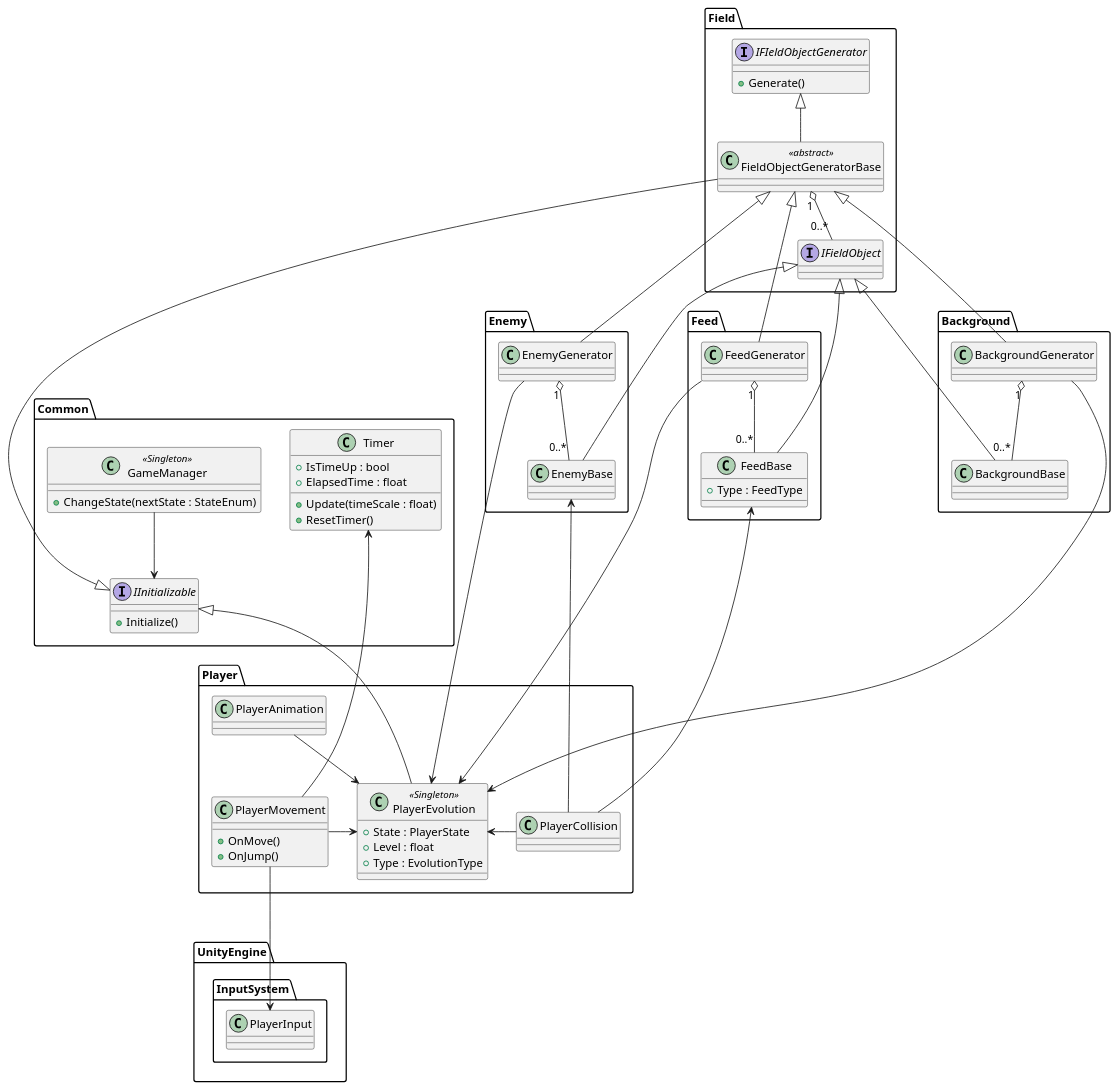
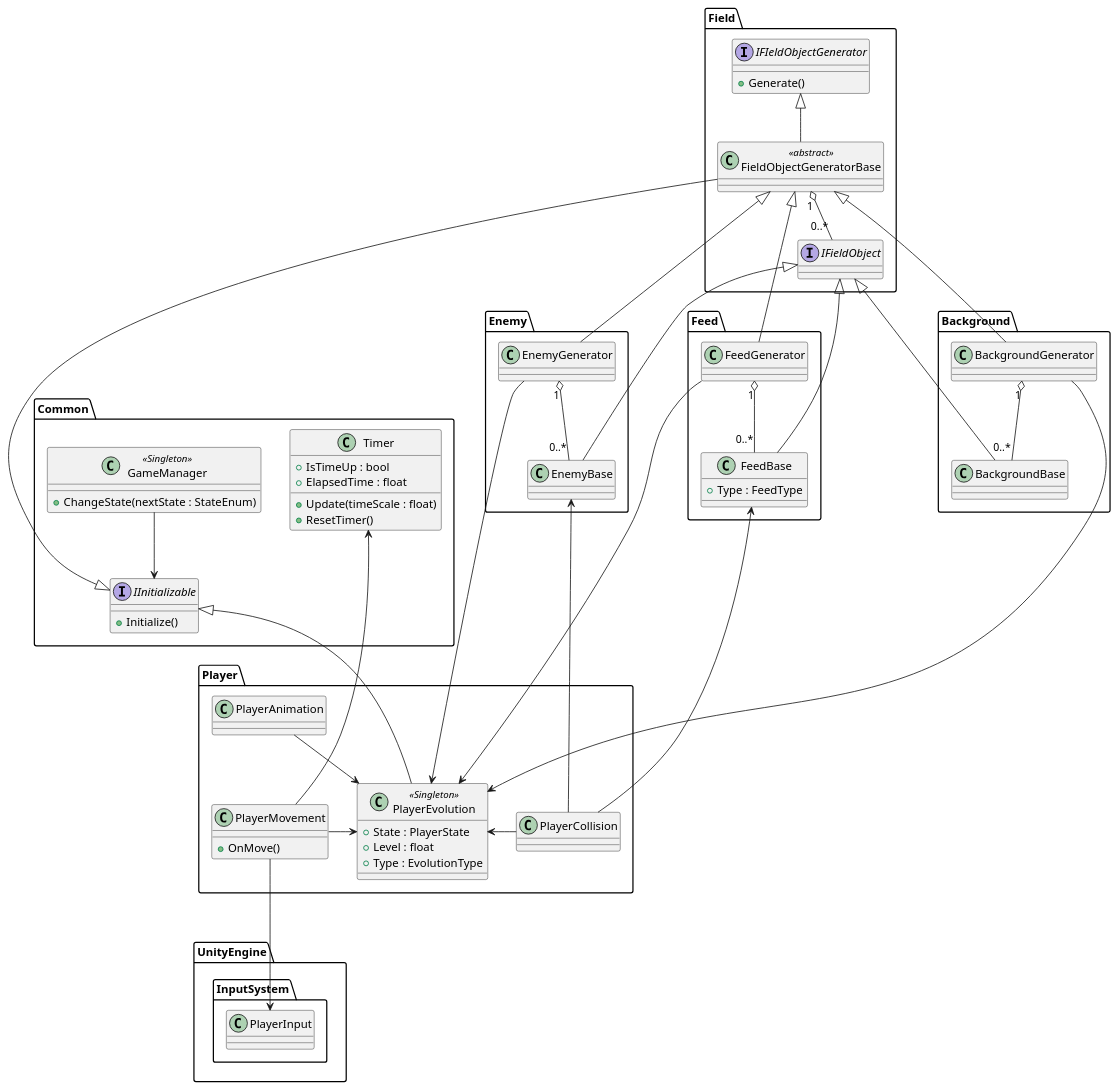
Before and after one commit to Donguri-AcornSloth/GGJTUT23Team4: the diagram in UML/Game.pu, drawn with PlantUML.

Commit message:
クラス図の不要メソッド削除。

```diff
--- a/UML/Game.pu
+++ b/UML/Game.pu
@@ -1,116 +1,115 @@
 @startuml Game
 
 ' InputSystem
 package UnityEngine.InputSystem {
     class PlayerInput
 }
 
 ' ゲーム共通
 package Common {
     class GameManager <<Singleton>> {
         + ChangeState(nextState : StateEnum)
     }
 
     interface IInitializable {
         + Initialize()
     }
 
     GameManager --> IInitializable
 
     class Timer {
         + IsTimeUp : bool
         + ElapsedTime : float
 
         + Update(timeScale : float)
         + ResetTimer()
     }
 }
 ' プレイヤー
 package Player {
     class PlayerEvolution <<Singleton>> {
         + State : PlayerState
         + Level : float
         + Type : EvolutionType
     }
     IInitializable <|--- PlayerEvolution
 
     class PlayerMovement {
         + OnMove()
-        + OnJump()
     }
 
     PlayerMovement -> PlayerEvolution
     PlayerMovement ---> PlayerInput
     Timer <--- PlayerMovement
 
     class PlayerAnimation {
     }
 
     PlayerAnimation --> PlayerEvolution
 
     class PlayerCollision {
     }
 
     PlayerCollision -> PlayerEvolution
 }
 
 ' フィールド共通
 package Field {
     interface IFieldObject {
     }
     interface IFIeldObjectGenerator {
         + Generate()
     }
 
     class FieldObjectGeneratorBase <<abstract>> {
     }
     IFIeldObjectGenerator <|-- FieldObjectGeneratorBase
     FieldObjectGeneratorBase -----|> IInitializable
 
     FieldObjectGeneratorBase "1" o-- "0..*" IFieldObject
 }
 
 ' 敵
 package Enemy {
     class EnemyBase {
     }
     EnemyBase --|> IFieldObject
 
     class EnemyGenerator {
     }
     FieldObjectGeneratorBase <|--- EnemyGenerator
     EnemyGenerator "1" o-- "0..*" EnemyBase
     EnemyGenerator ----> PlayerEvolution
 }
 
 ' 餌
 package Feed {
     class FeedBase {
         + Type : FeedType
     }
     FeedBase --|> IFieldObject
 
     class FeedGenerator {
     }
     FieldObjectGeneratorBase <|--- FeedGenerator
     FeedGenerator "1" o-- "0..*" FeedBase
     FeedGenerator ----> PlayerEvolution
 }
 
 ' 背景・その他飾り
 package Background {
     class BackgroundBase {
     }
     BackgroundBase --|> IFieldObject
 
     class BackgroundGenerator {
     }
     FieldObjectGeneratorBase <|--- BackgroundGenerator
     BackgroundGenerator "1" o-- "0..*" BackgroundBase
     BackgroundGenerator ----> PlayerEvolution
 }
 
 FeedBase <-- PlayerCollision
 EnemyBase <-- PlayerCollision
 
 @enduml
```
